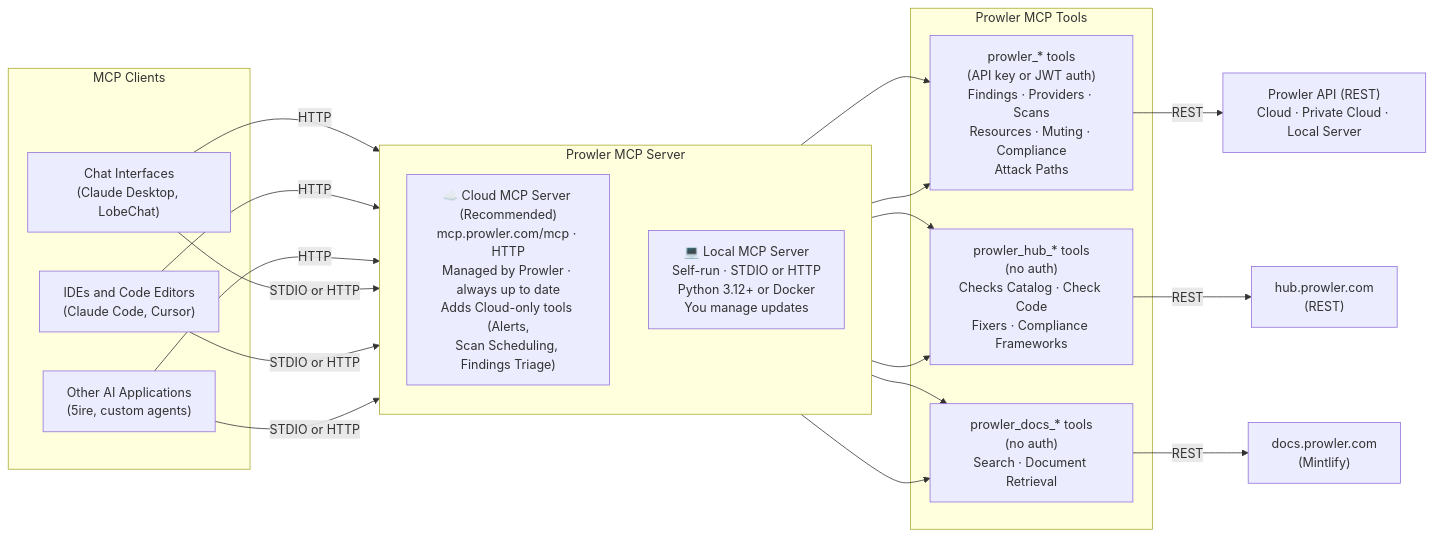
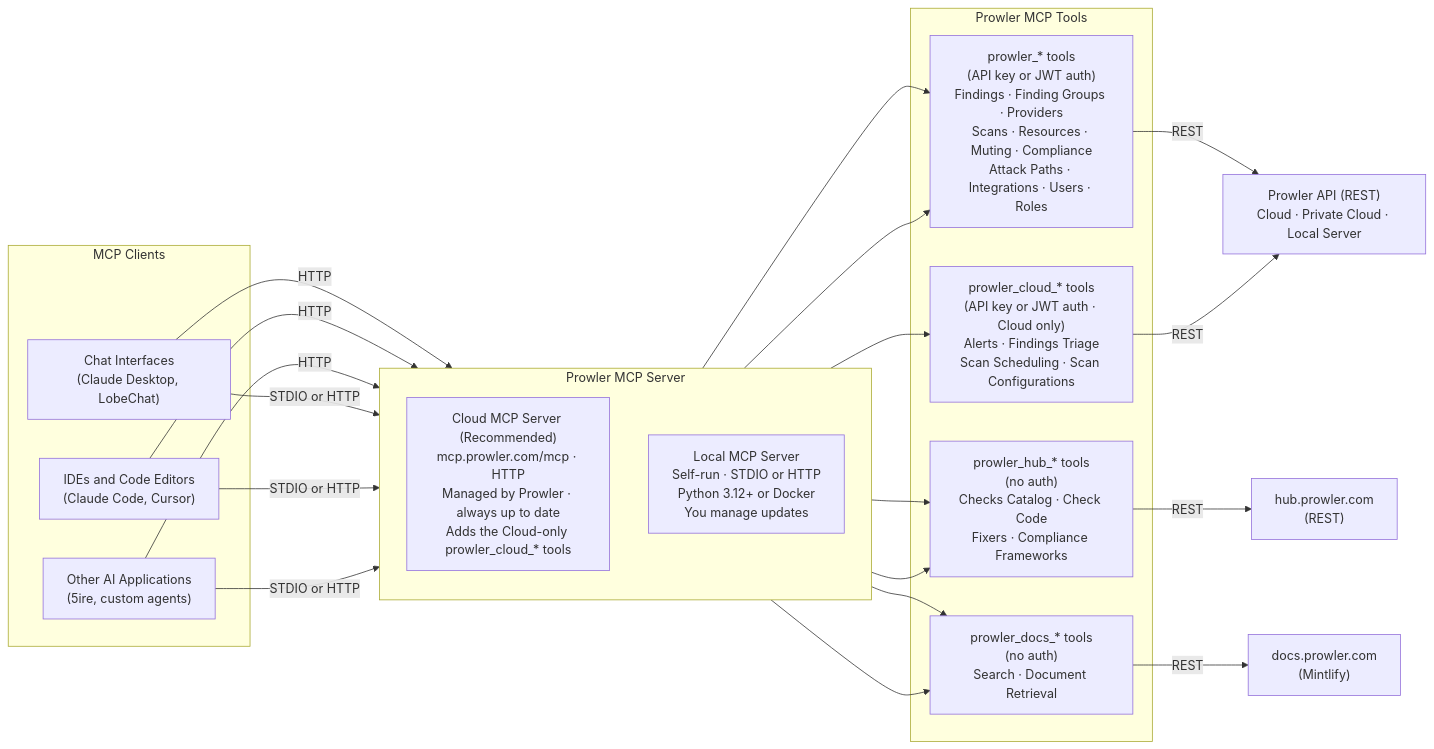
Before and after one commit to prowler-cloud/prowler: the diagram in docs/getting-started/products/prowler-mcp.mdx, drawn with Mermaid. The commit also changed other lines of this file and 4 other files, not shown here.

First line of the commit message:
docs(mcp): document the Cloud-only prowler_cloud_* tool namespace

````diff
--- a/docs/getting-started/products/prowler-mcp.mdx
+++ b/docs/getting-started/products/prowler-mcp.mdx
@@ -75,42 +85,45 @@
 ```mermaid
 flowchart LR
     subgraph HOSTS["MCP Clients"]
         chat["Chat Interfaces<br/>(Claude Desktop, LobeChat)"]
         ide["IDEs and Code Editors<br/>(Claude Code, Cursor)"]
         apps["Other AI Applications<br/>(5ire, custom agents)"]
     end
 
     subgraph SERVERS["Prowler MCP Server"]
         direction TB
-        cloud["☁️ Cloud MCP Server (Recommended)<br/>mcp.prowler.com/mcp · HTTP<br/>Managed by Prowler · always up to date<br/>Adds Cloud-only tools (Alerts,<br/>Scan Scheduling, Findings Triage)"]
-        local["💻 Local MCP Server<br/>Self-run · STDIO or HTTP<br/>Python 3.12+ or Docker<br/>You manage updates"]
+        cloud["Cloud MCP Server (Recommended)<br/>mcp.prowler.com/mcp · HTTP<br/>Managed by Prowler · always up to date<br/>Adds the Cloud-only prowler_cloud_* tools"]
+        local["Local MCP Server<br/>Self-run · STDIO or HTTP<br/>Python 3.12+ or Docker<br/>You manage updates"]
     end
 
     subgraph TOOLS["Prowler MCP Tools"]
-        prowler_tools["prowler_* tools<br/>(API key or JWT auth)<br/>Findings · Providers · Scans<br/>Resources · Muting · Compliance<br/>Attack Paths"]
+        prowler_tools["prowler_* tools<br/>(API key or JWT auth)<br/>Findings · Finding Groups · Providers<br/>Scans · Resources · Muting · Compliance<br/>Attack Paths · Integrations · Users · Roles"]
+        cloud_tools["prowler_cloud_* tools<br/>(API key or JWT auth · Cloud only)<br/>Alerts · Findings Triage<br/>Scan Scheduling · Scan Configurations"]
         hub_tools["prowler_hub_* tools<br/>(no auth)<br/>Checks Catalog · Check Code<br/>Fixers · Compliance Frameworks"]
         docs_tools["prowler_docs_* tools<br/>(no auth)<br/>Search · Document Retrieval"]
     end
 
     api["Prowler API (REST)<br/>Cloud · Private Cloud · Local Server"]
     hub["hub.prowler.com<br/>(REST)"]
     docs["docs.prowler.com<br/>(Mintlify)"]
 
     chat -->|HTTP| cloud
     ide -->|HTTP| cloud
     apps -->|HTTP| cloud
     chat -->|STDIO or HTTP| local
     ide -->|STDIO or HTTP| local
     apps -->|STDIO or HTTP| local
 
     cloud --> prowler_tools
+    cloud --> cloud_tools
     cloud --> hub_tools
     cloud --> docs_tools
     local --> prowler_tools
     local --> hub_tools
     local --> docs_tools
 
     prowler_tools -->|REST| api
+    cloud_tools -->|REST| api
     hub_tools -->|REST| hub
     docs_tools -->|REST| docs
 ```
````
